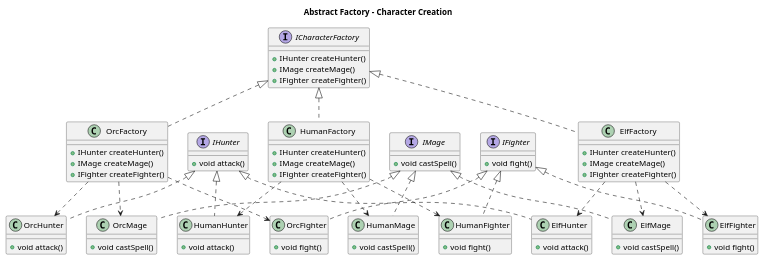
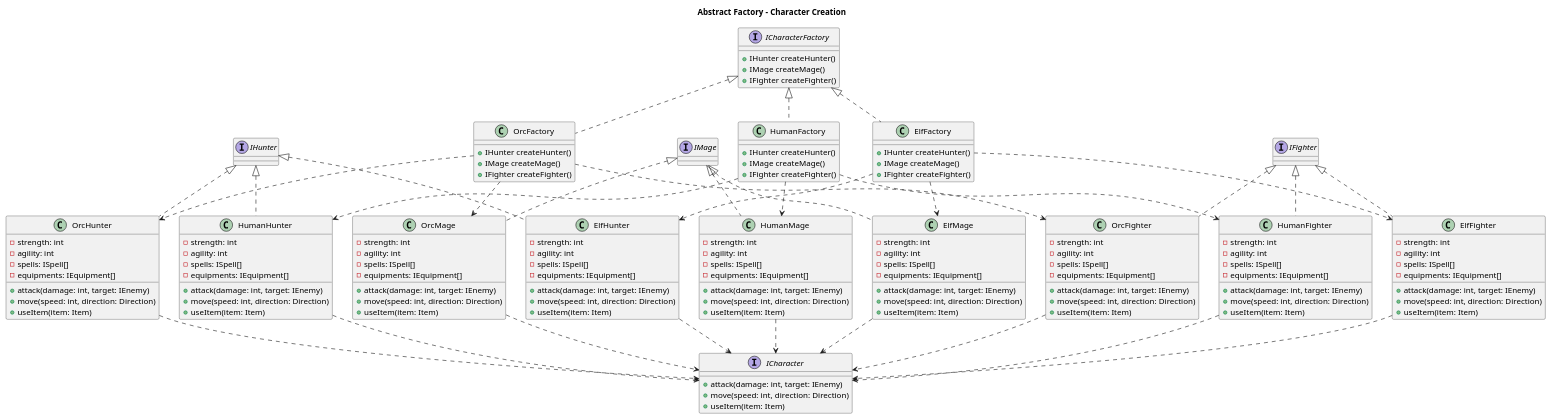
Before and after one commit to project-survivor/documentation: the diagram in UML/Abstract_Factory/character.abstract-factory.plantuml, drawn with PlantUML. The commit also changed 12 other files, not shown here.

```diff
--- a/UML/Abstract_Factory/character.abstract-factory.plantuml
+++ b/UML/Abstract_Factory/character.abstract-factory.plantuml
@@ -1,89 +1,158 @@
 @startuml
 title Abstract Factory - Character Creation
 
 interface IHunter {
-    + void attack()
 }
 
 interface IMage {
-    + void castSpell()
 }
 
 interface IFighter {
-    + void fight()
 }
 
 class OrcHunter implements IHunter {
-    + void attack()
+    -strength: int
+    -agility: int
+    -spells: ISpell[]
+    -equipments: IEquipment[]
+    + attack(damage: int, target: IEnemy)
+    + move(speed: int, direction: Direction)
+    + useItem(item: Item)
 }
 
 class HumanHunter implements IHunter {
-    + void attack()
+    -strength: int
+    -agility: int
+    -spells: ISpell[]
+    -equipments: IEquipment[]
+    + attack(damage: int, target: IEnemy)
+    + move(speed: int, direction: Direction)
+    + useItem(item: Item)
 }
 
 class ElfHunter implements IHunter {
-    + void attack()
+    -strength: int
+    -agility: int
+    -spells: ISpell[]
+    -equipments: IEquipment[]
+    + attack(damage: int, target: IEnemy)
+    + move(speed: int, direction: Direction)
+    + useItem(item: Item)
 }
 
-class OrcMage implements IMage {
-    + void castSpell()
+class OrcMage implements IMage{
+    -strength: int
+    -agility: int
+    -spells: ISpell[]
+    -equipments: IEquipment[]
+    + attack(damage: int, target: IEnemy)
+    + move(speed: int, direction: Direction)
+    + useItem(item: Item)
 }
 
 class HumanMage implements IMage {
-    + void castSpell()
+    -strength: int
+    -agility: int
+    -spells: ISpell[]
+    -equipments: IEquipment[]
+    + attack(damage: int, target: IEnemy)
+    + move(speed: int, direction: Direction)
+    + useItem(item: Item)
 }
 
 class ElfMage implements IMage {
-    + void castSpell()
+    -strength: int
+    -agility: int
+    -spells: ISpell[]
+    -equipments: IEquipment[]
+    + attack(damage: int, target: IEnemy)
+    + move(speed: int, direction: Direction)
+    + useItem(item: Item)
 }
 
 class OrcFighter implements IFighter {
-    + void fight()
+    -strength: int
+    -agility: int
+    -spells: ISpell[]
+    -equipments: IEquipment[]
+    + attack(damage: int, target: IEnemy)
+    + move(speed: int, direction: Direction)
+    + useItem(item: Item)
 }
 
 class HumanFighter implements IFighter {
-    + void fight()
+    -strength: int
+    -agility: int
+    -spells: ISpell[]
+    -equipments: IEquipment[]
+    + attack(damage: int, target: IEnemy)
+    + move(speed: int, direction: Direction)
+    + useItem(item: Item)
 }
 
 class ElfFighter implements IFighter {
-    + void fight()
+    -strength: int
+    -agility: int
+    -spells: ISpell[]
+    -equipments: IEquipment[]
+    + attack(damage: int, target: IEnemy)
+    + move(speed: int, direction: Direction)
+    + useItem(item: Item)
 }
 
 interface ICharacterFactory {
     + IHunter createHunter()
     + IMage createMage()
     + IFighter createFighter()
 }
 
 class OrcFactory implements ICharacterFactory {
     + IHunter createHunter()
     + IMage createMage()
     + IFighter createFighter()
 }
 
 class HumanFactory implements ICharacterFactory {
     + IHunter createHunter()
     + IMage createMage()
     + IFighter createFighter()
 }
 
 class ElfFactory implements ICharacterFactory {
     + IHunter createHunter()
     + IMage createMage()
     + IFighter createFighter()
 }
 
+interface ICharacter {
+    + attack(damage: int, target: IEnemy)
+    + move(speed: int, direction: Direction)
+    + useItem(item: Item)
+}
+
 
 OrcFactory ..> OrcHunter
 OrcFactory ..> OrcMage
 OrcFactory ..> OrcFighter
 
 HumanFactory ..> HumanHunter
 HumanFactory ..> HumanMage
 HumanFactory ..> HumanFighter
 
 ElfFactory ..> ElfHunter
 ElfFactory ..> ElfMage
 ElfFactory ..> ElfFighter
 
+HumanHunter ..> ICharacter
+HumanMage ..> ICharacter
+HumanFighter ..> ICharacter
+
+OrcHunter ..> ICharacter
+OrcMage ..> ICharacter
+OrcFighter ..> ICharacter
+
+ElfHunter ..> ICharacter
+ElfMage ..> ICharacter
+ElfFighter ..> ICharacter
+
 @enduml
```
